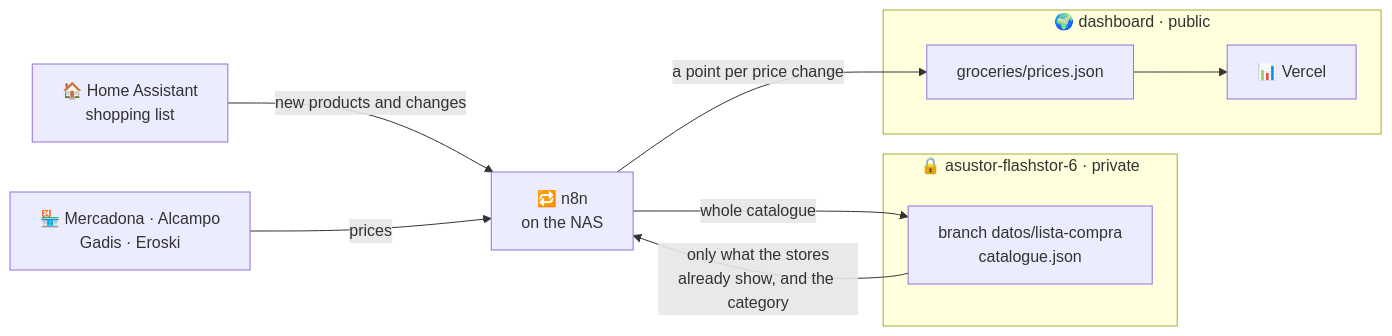
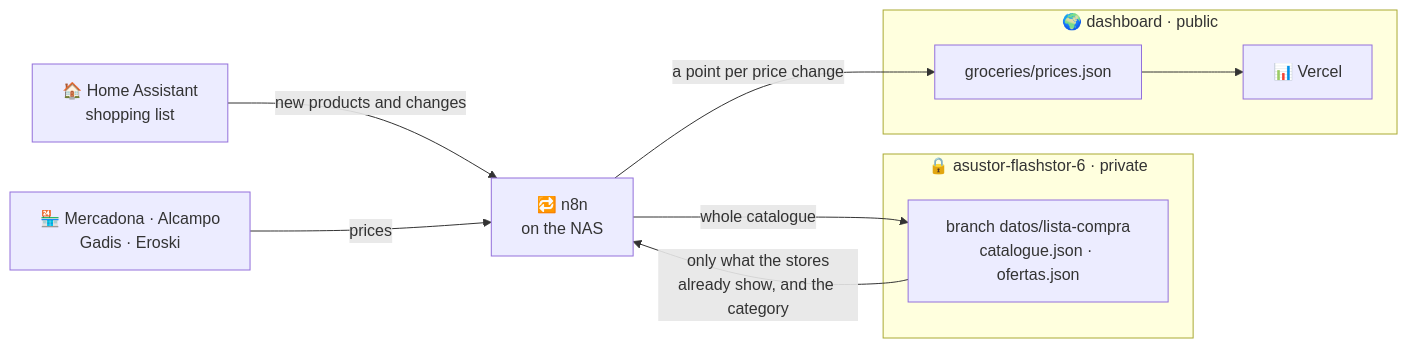
Before and after one commit to moilolon/dashboard: the diagram in README.md, drawn with Mermaid.

Commit message:
README: the private branch also holds ofertas.json

````diff
--- a/README.md
+++ b/README.md
@@ -46,22 +46,22 @@
 ```mermaid
 flowchart LR
     HA["🏠 Home Assistant<br/>shopping list"]
     N8N["🔁 n8n<br/>on the NAS"]
     STORES["🏪 Mercadona · Alcampo<br/>Gadis · Eroski"]
 
     subgraph PRIV["🔒 asustor-flashstor-6 · private"]
-        CAT["branch datos/lista-compra<br/>catalogue.json"]
+        CAT["branch datos/lista-compra<br/>catalogue.json · ofertas.json"]
     end
 
     subgraph PUB["🌍 dashboard · public"]
         JSON["groceries/prices.json"]
         WEB["📊 Vercel"]
     end
 
     HA -- "new products and changes" --> N8N
     STORES -- "prices" --> N8N
     N8N -- "whole catalogue" --> CAT
     CAT -- "only what the stores<br/>already show, and the category" --> N8N
     N8N -- "a point per price change" --> JSON
     JSON --> WEB
 ```
````
